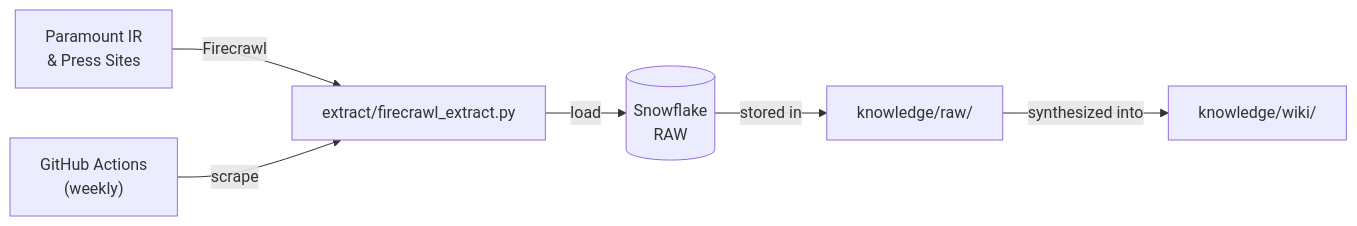
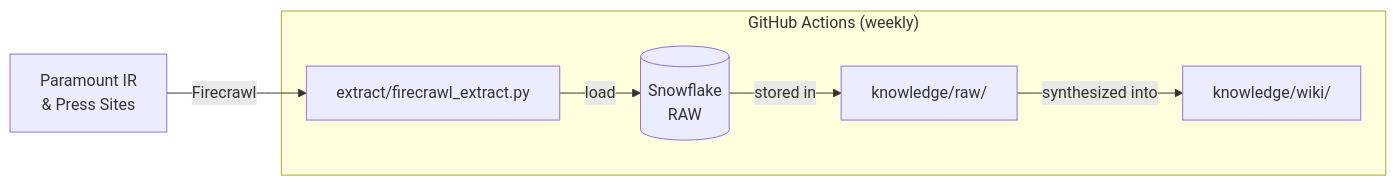
One commit to etimber-sys/Media-Marketing-Analyst changed the second of 2 diagrams in README.md. Above: the diagram before and after it, drawn with Mermaid. The commit also changed other lines of this file, not shown here.

First line of the commit message:
Restructure pipeline diagrams to start with single entry box

````diff
--- a/README.md
+++ b/README.md
@@ -53,8 +53,9 @@
 ```mermaid
 flowchart LR
     W["Paramount IR\n& Press Sites"] -->|Firecrawl| FC["extract/firecrawl_extract.py"]
-    FC -->|load| C[("Snowflake\nRAW")]
-    C -->|stored in| KB["knowledge/raw/"]
-    KB -->|synthesized into| WK["knowledge/wiki/"]
-    H["GitHub Actions\n(weekly)"] -->|scrape| FC
+    subgraph GHA["GitHub Actions (weekly)"]
+        FC -->|load| C[("Snowflake\nRAW")]
+        C -->|stored in| KB["knowledge/raw/"]
+        KB -->|synthesized into| WK["knowledge/wiki/"]
+    end
 ```
````
